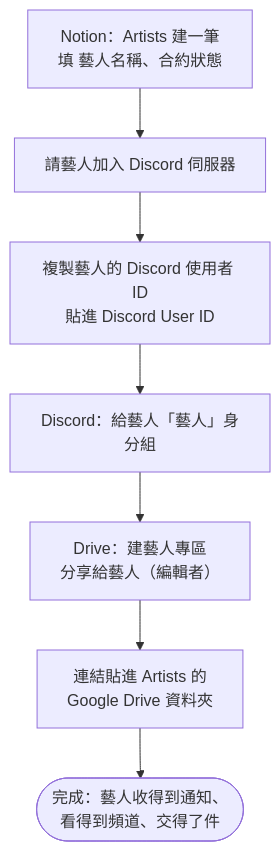
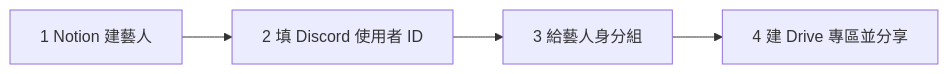
Before and after one commit to johnnysun0621/kari-kari-ai-ops: the second of 8 diagrams in docs/sop/ADMIN_SOP.md, drawn with Mermaid. The commit also changed other lines of this file and 85 other files, not shown here.

````diff
--- a/docs/sop/ADMIN_SOP.md
+++ b/docs/sop/ADMIN_SOP.md
@@ -101,9 +100,4 @@
 ```mermaid
-flowchart TD
-  A["Notion：Artists 建一筆<br/>填 藝人名稱、合約狀態"] --> B["請藝人加入 Discord 伺服器"]
-  B --> C["複製藝人的 Discord 使用者 ID<br/>貼進 Discord User ID"]
-  C --> D["Discord：給藝人「藝人」身分組"]
-  D --> E["Drive：建藝人專區<br/>分享給藝人（編輯者）"]
-  E --> F["連結貼進 Artists 的<br/>Google Drive 資料夾"]
-  F --> G(["完成：藝人收得到通知、<br/>看得到頻道、交得了件"])
+flowchart LR
+  A["1 Notion 建藝人"] --> B["2 填 Discord 使用者 ID"] --> C["3 給藝人身分組"] --> D["4 建 Drive 專區並分享"]
 ```
````
